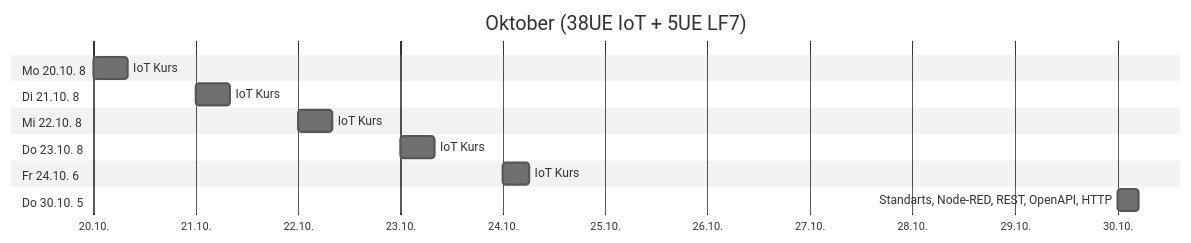
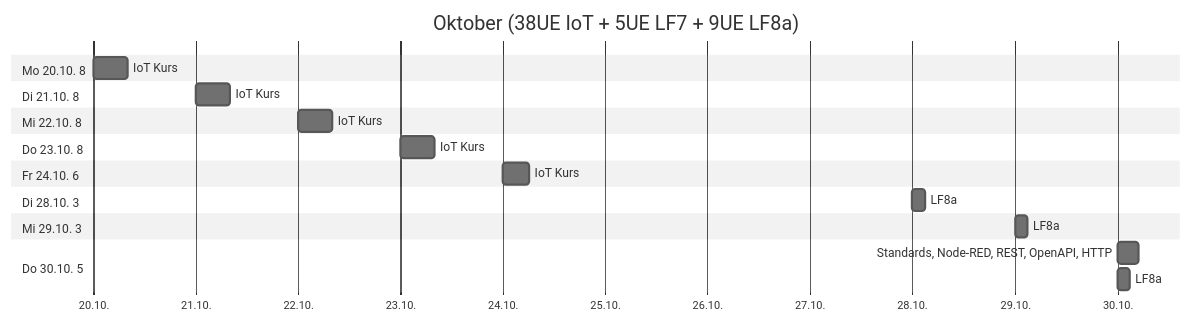
One commit to jonasnemeth/LF7 changed the second of 6 diagrams in src/plan.md. Above: the diagram before and after it, drawn with Mermaid (neutral theme). The commit also changed other lines of this file and 4 other files, not shown here.

````diff
--- a/src/plan.md
+++ b/src/plan.md
@@ -23,18 +23,23 @@
 ```mermaid
 gantt
- title Oktober (38UE IoT + 5UE LF7)
+ title Oktober (38UE IoT + 5UE LF7 + 9UE LF8a)
  dateFormat YYYY-MM-DD
  axisFormat %d.%m.
  section Mo 20.10. 8
   IoT Kurs                    :2025-10-20, 8h
  section Di 21.10. 8
   IoT Kurs                    :2025-10-21, 8h
  section Mi 22.10. 8
   IoT Kurs                    :2025-10-22, 8h
  section Do 23.10. 8
   IoT Kurs                    :2025-10-23, 8h
  section Fr 24.10. 6
   IoT Kurs                    :2025-10-24, 6h
+ section Di 28.10. 3
+  LF8a                        :2025-10-28, 3h
+ section Mi 29.10. 3
+  LF8a                        :2025-10-29, 3h
  section Do 30.10. 5
-  Standarts, Node-RED, REST, OpenAPI, HTTP  :2025-10-30, 5h
+  Standards, Node-RED, REST, OpenAPI, HTTP  :2025-10-30, 5h
+  LF8a                        :2025-10-30, 3h
 ```
````
